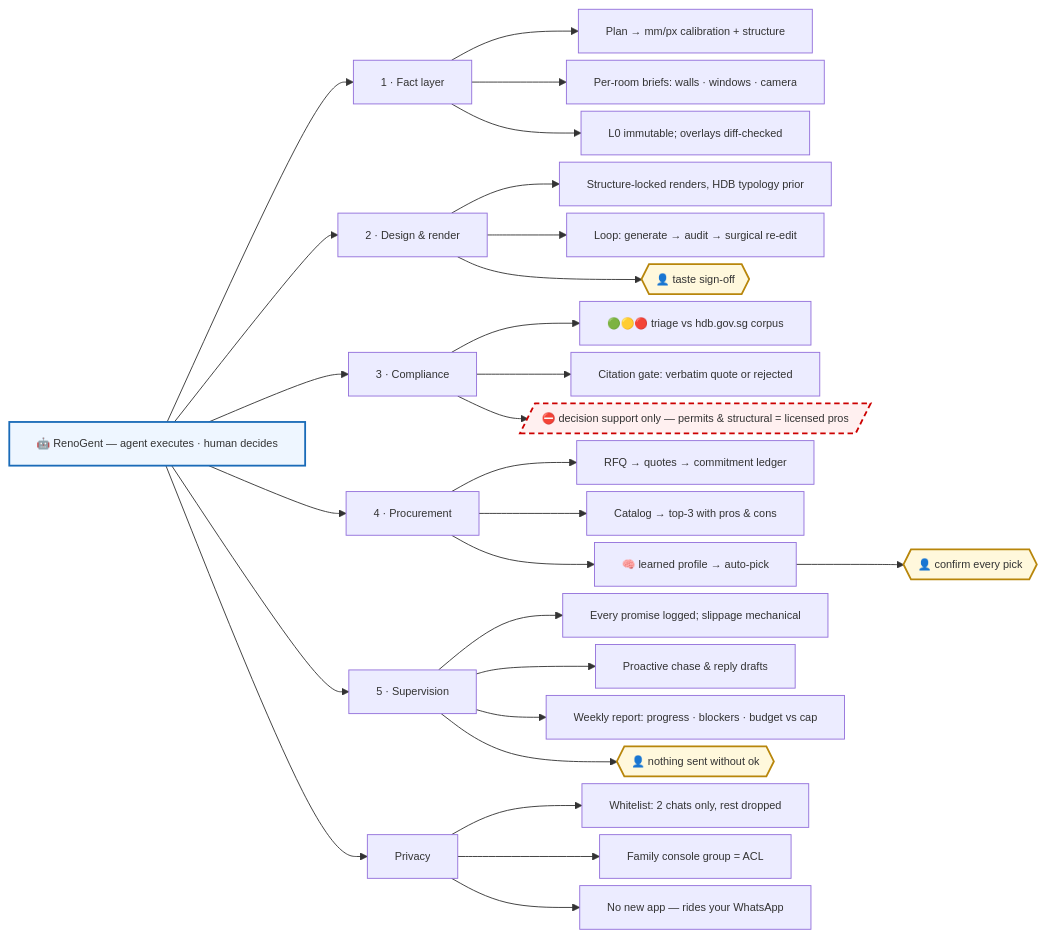
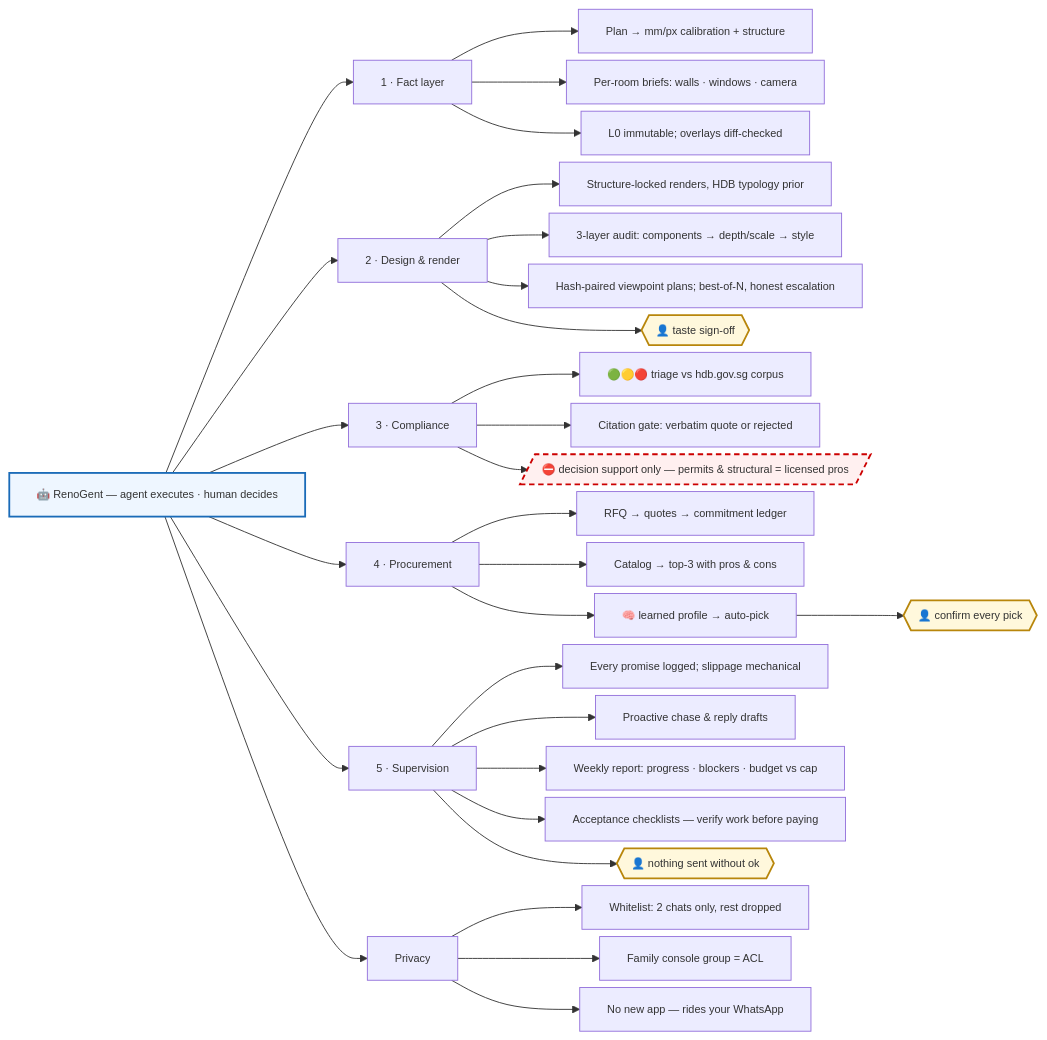
One commit to littlejuju/RenoGent changed the diagram in README.md. Above: the diagram before and after it, drawn with Mermaid. The commit also changed other lines of this file, not shown here.

Commit message:
README: landing link, verified-render proof pair, 5-step chain, PM layer, honest disclosure refresh

````diff
--- a/README.md
+++ b/README.md
@@ -26,44 +34,46 @@
 ```mermaid
 %%{init: {"flowchart": {"nodeSpacing": 8, "rankSpacing": 36, "wrappingWidth": 900, "markdownAutoWrap": false}, "themeVariables": {"fontSize": "12px"}}}%%
 flowchart LR
     RA["🤖 RenoGent — agent executes · human decides"]
 
     RA --> P["1 · Fact layer"]
     P --> P1["Plan → mm/px calibration + structure"]
     P --> P2["Per-room briefs: walls · windows · camera"]
     P --> P3["L0 immutable; overlays diff-checked"]
 
     RA --> D["2 · Design & render"]
     D --> D1["Structure-locked renders, HDB typology prior"]
-    D --> D2["Loop: generate → audit → surgical re-edit"]
+    D --> D2["3-layer audit: components → depth/scale → style"]
+    D --> D3["Hash-paired viewpoint plans; best-of-N, honest escalation"]
     D --> HG1{{"👤 taste sign-off"}}
 
     RA --> C["3 · Compliance"]
     C --> C1["🟢🟡🔴 triage vs hdb.gov.sg corpus"]
     C --> C2["Citation gate: verbatim quote or rejected"]
     C --> B1[/"⛔ decision support only — permits & structural = licensed pros"/]
 
     RA --> PR["4 · Procurement"]
     PR --> PR1["RFQ → quotes → commitment ledger"]
     PR --> PR2["Catalog → top-3 with pros & cons"]
     PR --> PR3["🧠 learned profile → auto-pick"]
     PR3 --> HG2{{"👤 confirm every pick"}}
 
     RA --> S["5 · Supervision"]
     S --> S1["Every promise logged; slippage mechanical"]
     S --> S2["Proactive chase & reply drafts"]
     S --> S3["Weekly report: progress · blockers · budget vs cap"]
+    S --> S4["Acceptance checklists — verify work before paying"]
     S --> HG3{{"👤 nothing sent without ok"}}
 
     RA --> PV["Privacy"]
     PV --> PV1["Whitelist: 2 chats only, rest dropped"]
     PV --> PV2["Family console group = ACL"]
     PV --> PV3["No new app — rides your WhatsApp"]
 
     classDef boundary fill:#fff0f0,stroke:#cc0000,stroke-width:2px,stroke-dasharray:6 4
     classDef human fill:#fff8dc,stroke:#b8860b,stroke-width:2px
     classDef root fill:#eef6ff,stroke:#1a6bb8,stroke-width:2px
     class B1 boundary
     class HG1,HG2,HG3 human
     class RA root
 ```
````
